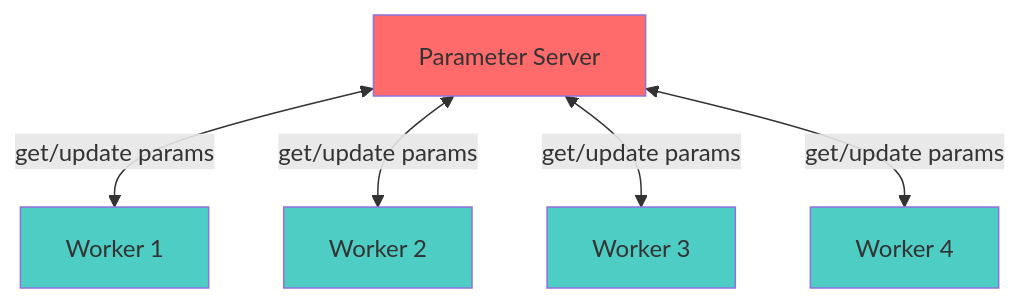
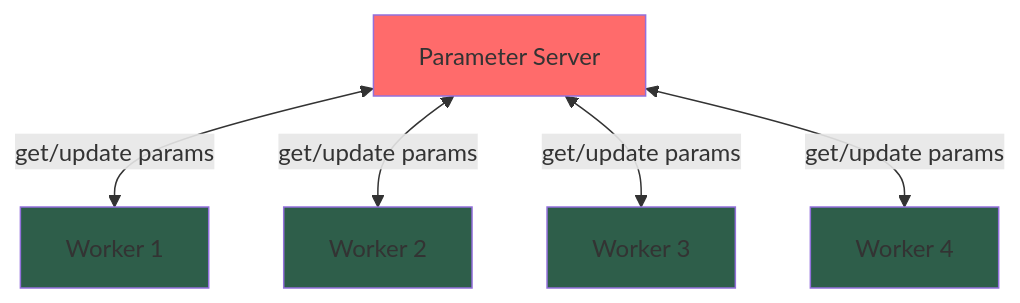
Diagram 12 of 15 in docs/MESHES.md (AlirezaShamsoshoara/monarch), drawn with Mermaid before and after one commit. The commit also changed other lines of this file, not shown here.

````diff
--- a/docs/MESHES.md
+++ b/docs/MESHES.md
@@ -656,20 +656,20 @@
 ```mermaid
 graph TB
     PS[Parameter Server]
 
     W1[Worker 1]
     W2[Worker 2]
     W3[Worker 3]
     W4[Worker 4]
 
     PS <-->|get/update params| W1
     PS <-->|get/update params| W2
     PS <-->|get/update params| W3
     PS <-->|get/update params| W4
 
     style PS fill:#ff6b6b
-    style W1 fill:#4ecdc4
-    style W2 fill:#4ecdc4
-    style W3 fill:#4ecdc4
-    style W4 fill:#4ecdc4
+    style W1 fill:#2e5e4a
+    style W2 fill:#2e5e4a
+    style W3 fill:#2e5e4a
+    style W4 fill:#2e5e4a
 ```
````
